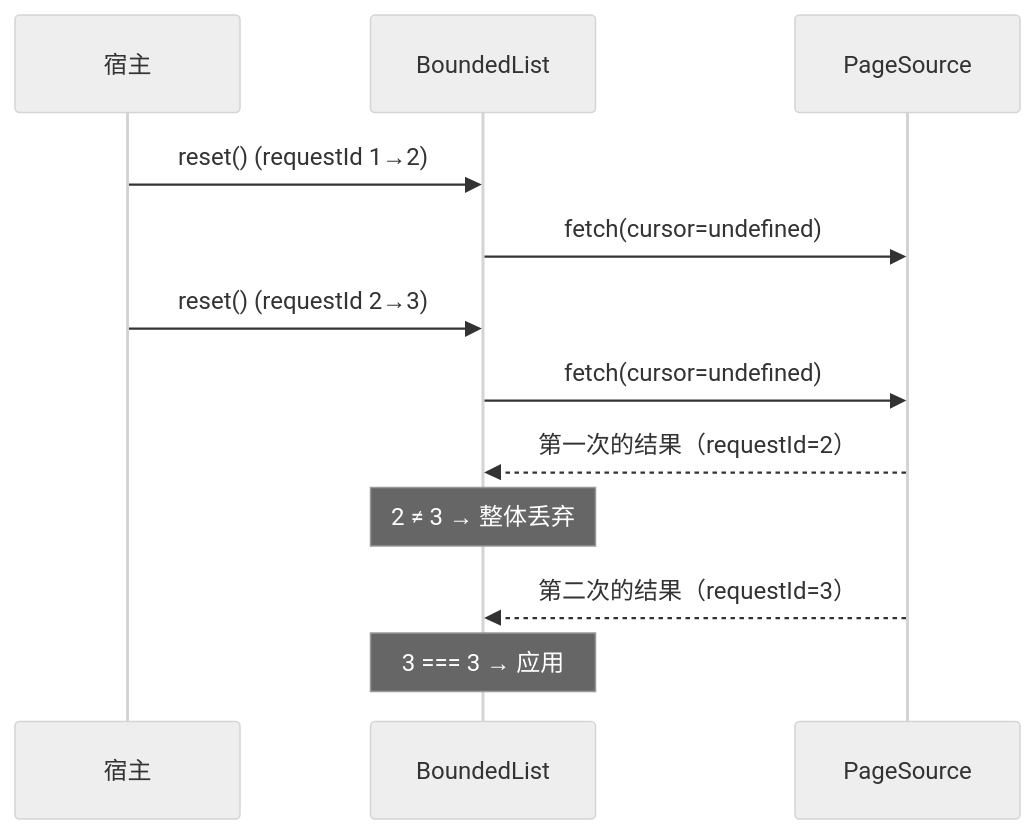
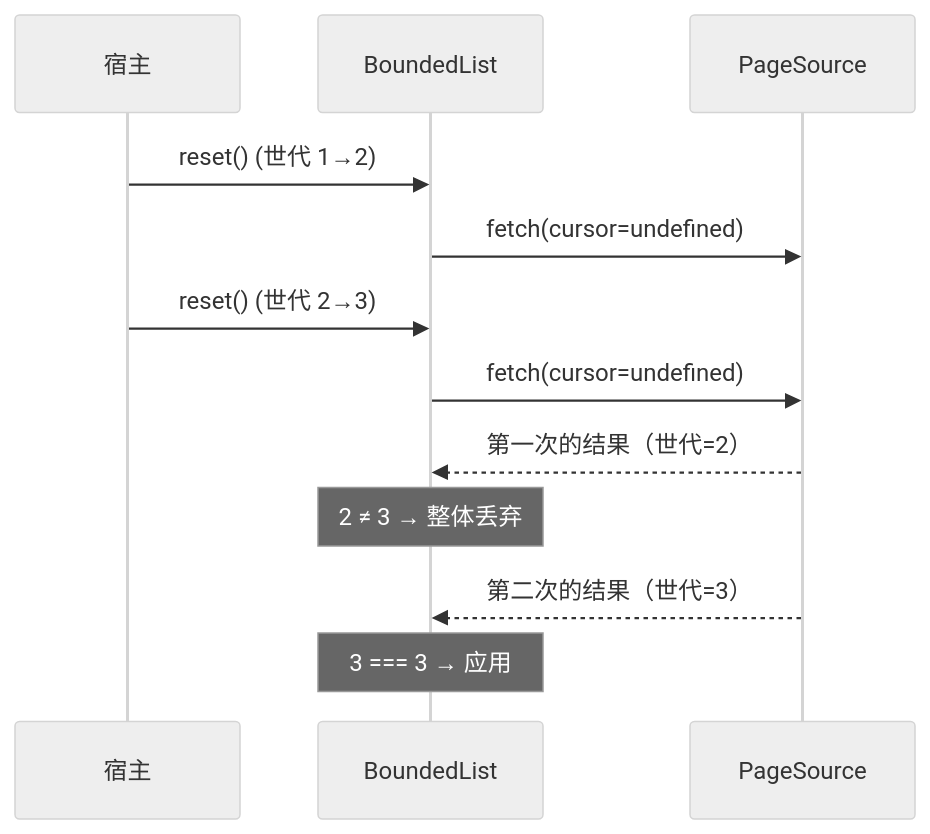
The fourth of 5 diagrams in packages/uikit/docs/boundedlist/组件设计.md (dacez/yimsg), drawn with Mermaid (neutral theme) before and after one commit. The commit also changed other lines of this file and 5 other files, not shown here.

````diff
--- a/packages/uikit/docs/boundedlist/组件设计.md
+++ b/packages/uikit/docs/boundedlist/组件设计.md
@@ -730,14 +730,14 @@
 ```mermaid
 sequenceDiagram
     participant H as 宿主
     participant L as BoundedList
     participant S as PageSource
-    H->>L: reset()  (requestId 1→2)
+    H->>L: reset()  (世代 1→2)
     L->>S: fetch(cursor=undefined)
-    H->>L: reset()  (requestId 2→3)
+    H->>L: reset()  (世代 2→3)
     L->>S: fetch(cursor=undefined)
-    S-->>L: 第一次的结果（requestId=2）
+    S-->>L: 第一次的结果（世代=2）
     Note over L: 2 ≠ 3 → 整体丢弃
-    S-->>L: 第二次的结果（requestId=3）
+    S-->>L: 第二次的结果（世代=3）
     Note over L: 3 === 3 → 应用
 ```
````
